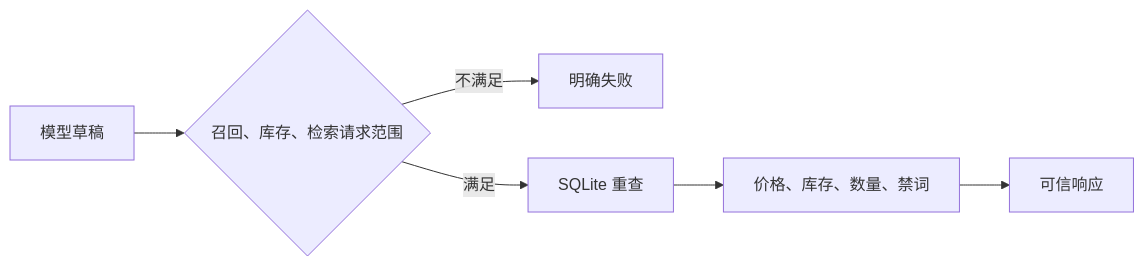
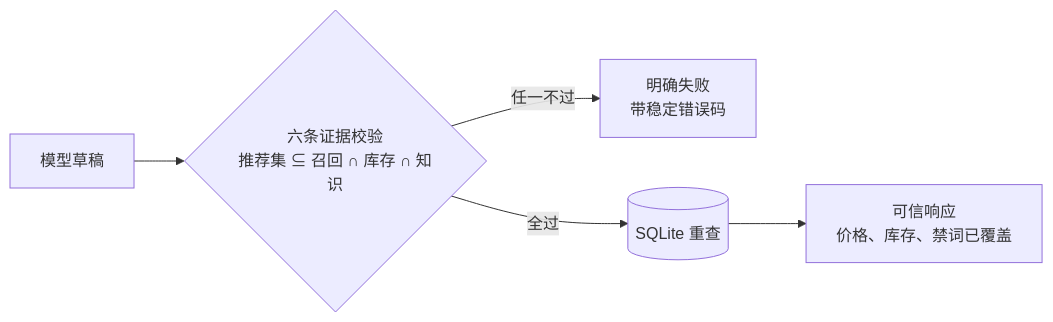
One commit to ImWenyaoT/chatty changed the fourth of 4 diagrams in docs/architecture.md. Above: the diagram before and after it, drawn with Mermaid. The commit also changed other lines of this file and 1 other file, not shown here.

First line of the commit message:
docs: 重做五张 mermaid 图，补 data 目录说明

````diff
--- a/docs/architecture.md
+++ b/docs/architecture.md
@@ -126,8 +112,7 @@
 ```mermaid
 flowchart LR
-    DRAFT["模型草稿"] --> EVIDENCE{"召回、库存、检索请求范围"}
-    EVIDENCE -->|"不满足"| FAIL["明确失败"]
-    EVIDENCE -->|"满足"| DB["SQLite 重查"]
-    DB --> RULES["价格、库存、数量、禁词"]
-    RULES --> RESPONSE["可信响应"]
+    D["模型草稿"] --> E{"六条证据校验<br/>推荐集 ⊆ 召回 ∩ 库存 ∩ 知识"}
+    E -->|"任一不过"| F["明确失败<br/>带稳定错误码"]
+    E -->|"全过"| DB[("SQLite 重查")]
+    DB --> R["可信响应<br/>价格、库存、禁词已覆盖"]
 ```
````
